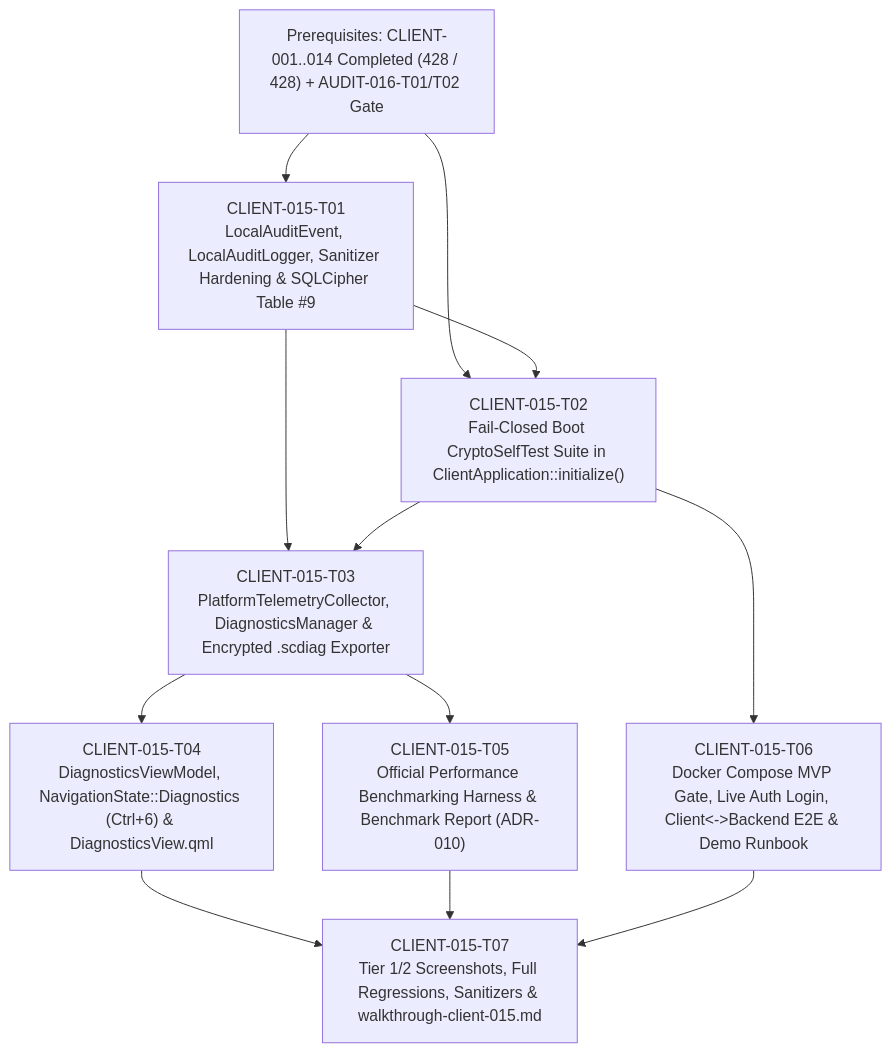
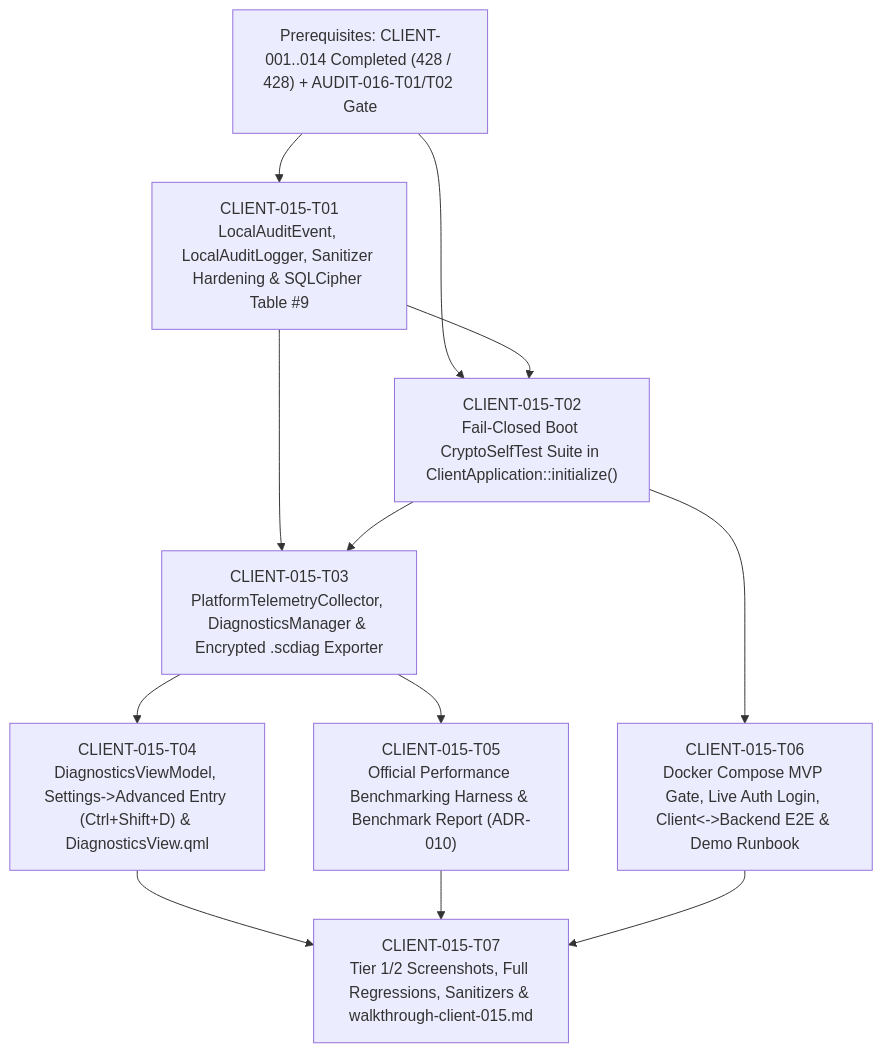
The diagram in specs/client-phase4/CLIENT-015-tickets.md (sergey-chukhno/SecureCloud), drawn with Mermaid before and after one commit. The commit also changed other lines of this file and 17 other files, not shown here.

````diff
--- a/specs/client-phase4/CLIENT-015-tickets.md
+++ b/specs/client-phase4/CLIENT-015-tickets.md
@@ -60,15 +60,15 @@
 ```mermaid
 graph TD
     PRE["Prerequisites: CLIENT-001..014 Completed (428 / 428) + AUDIT-016-T01/T02 Gate"]
     PRE --> T01["CLIENT-015-T01<br>LocalAuditEvent, LocalAuditLogger, Sanitizer Hardening & SQLCipher Table #9"]
     PRE --> T02["CLIENT-015-T02<br>Fail-Closed Boot CryptoSelfTest Suite in ClientApplication::initialize()"]
     T01 --> T02
     T01 --> T03["CLIENT-015-T03<br>PlatformTelemetryCollector, DiagnosticsManager & Encrypted .scdiag Exporter"]
     T02 --> T03
-    T03 --> T04["CLIENT-015-T04<br>DiagnosticsViewModel, NavigationState::Diagnostics (Ctrl+6) & DiagnosticsView.qml"]
+    T03 --> T04["CLIENT-015-T04<br>DiagnosticsViewModel, Settings->Advanced Entry (Ctrl+Shift+D) & DiagnosticsView.qml"]
     T03 --> T05["CLIENT-015-T05<br>Official Performance Benchmarking Harness & Benchmark Report (ADR-010)"]
     T02 --> T06["CLIENT-015-T06<br>Docker Compose MVP Gate, Live Auth Login, Client<->Backend E2E & Demo Runbook"]
     T04 --> T07["CLIENT-015-T07<br>Tier 1/2 Screenshots, Full Regressions, Sanitizers & walkthrough-client-015.md"]
     T05 --> T07
     T06 --> T07
 ```
````
